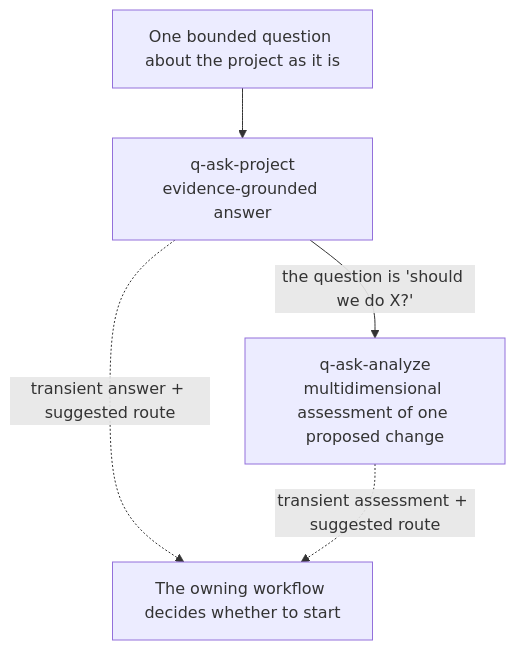
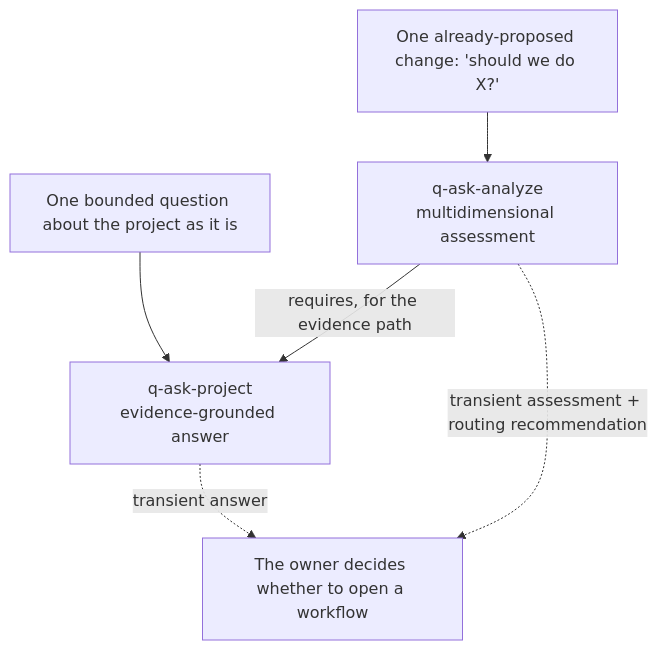
Before and after one commit to flaviogragnolati/ai-workflow: the diagram in skills/ask/README.md, drawn with Mermaid. The commit also changed other lines of this file and 21 other files, not shown here.

````diff
--- a/skills/ask/README.md
+++ b/skills/ask/README.md
@@ -9,7 +9,8 @@
 ```mermaid
 flowchart TB
     Q["One bounded question about the project as it is"] --> A["q-ask-project<br/>evidence-grounded answer"]
-    A -->|"the question is 'should we do X?'"| N["q-ask-analyze<br/>multidimensional assessment of one proposed change"]
-    A -. "transient answer + suggested route" .-> R["The owning workflow decides whether to start"]
-    N -. "transient assessment + suggested route" .-> R
+    P["One already-proposed change: 'should we do X?'"] --> N["q-ask-analyze<br/>multidimensional assessment"]
+    N -->|"requires, for the evidence path"| A
+    A -. "transient answer" .-> R["The owner decides whether to open a workflow"]
+    N -. "transient assessment + routing recommendation" .-> R
 ```
````
